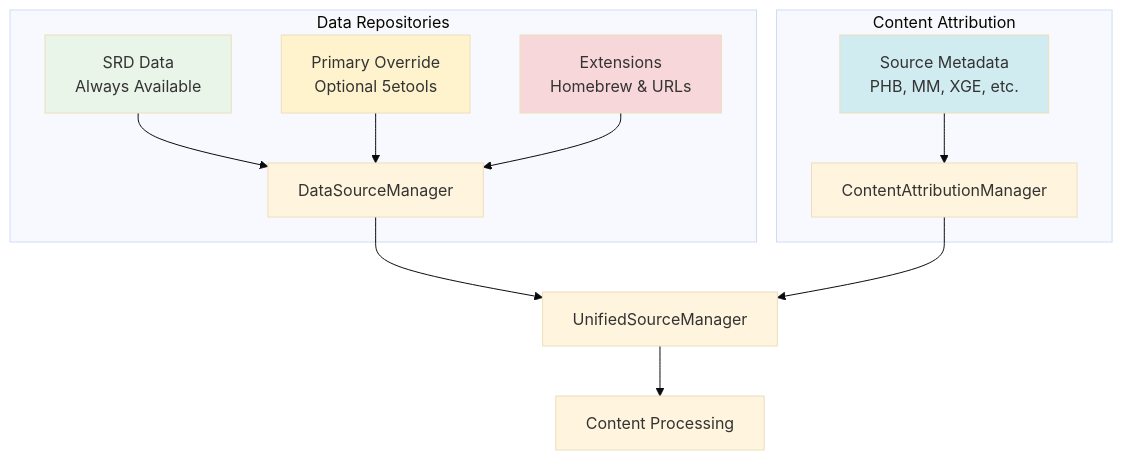
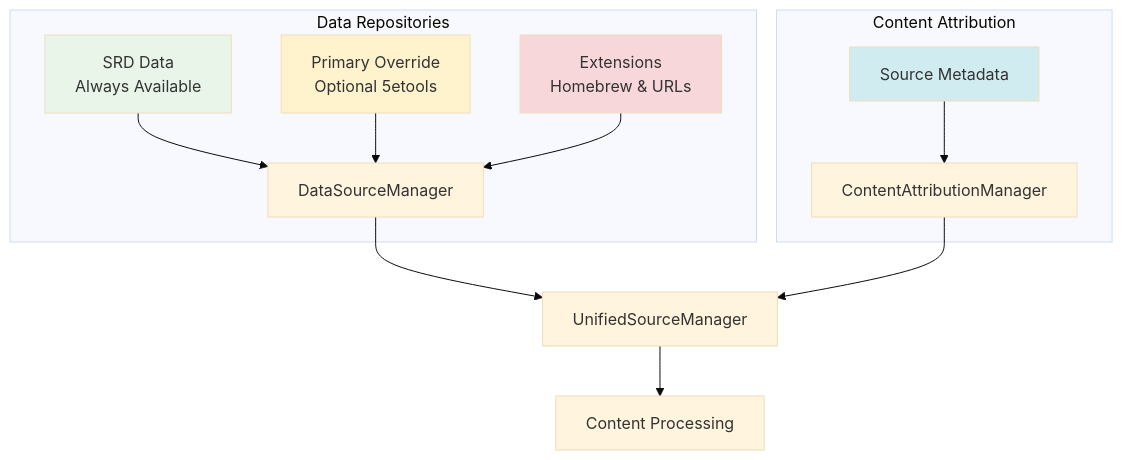
One commit to sargeant/studiorum changed the diagram in docs/developer-guide/data-sources.md. Above: the diagram before and after it, drawn with Mermaid (base theme). The commit also changed other lines of this file and 17 other files, not shown here.

```diff
--- a/docs/developer-guide/data-sources.md
+++ b/docs/developer-guide/data-sources.md
@@ -12,21 +12,21 @@
 <div class="mermaid">
 graph TB
     subgraph "Data Repositories"
         A[SRD Data<br/>Always Available] --> D[DataSourceManager]
         B[Primary Override<br/>Optional 5etools] --> D
         C[Extensions<br/>Homebrew & URLs] --> D
     end
 
     subgraph "Content Attribution"
-        E[Source Metadata<br/>PHB, MM, XGE, etc.] --> F[ContentAttributionManager]
+        E[Source Metadata] --> F[ContentAttributionManager]
     end
 
     D --> G[UnifiedSourceManager]
     F --> G
     G --> H[Content Processing]
 
     style A fill:#e8f5e8
     style B fill:#fff3cd
     style C fill:#f8d7da
     style E fill:#d1ecf1
 </div>
```
